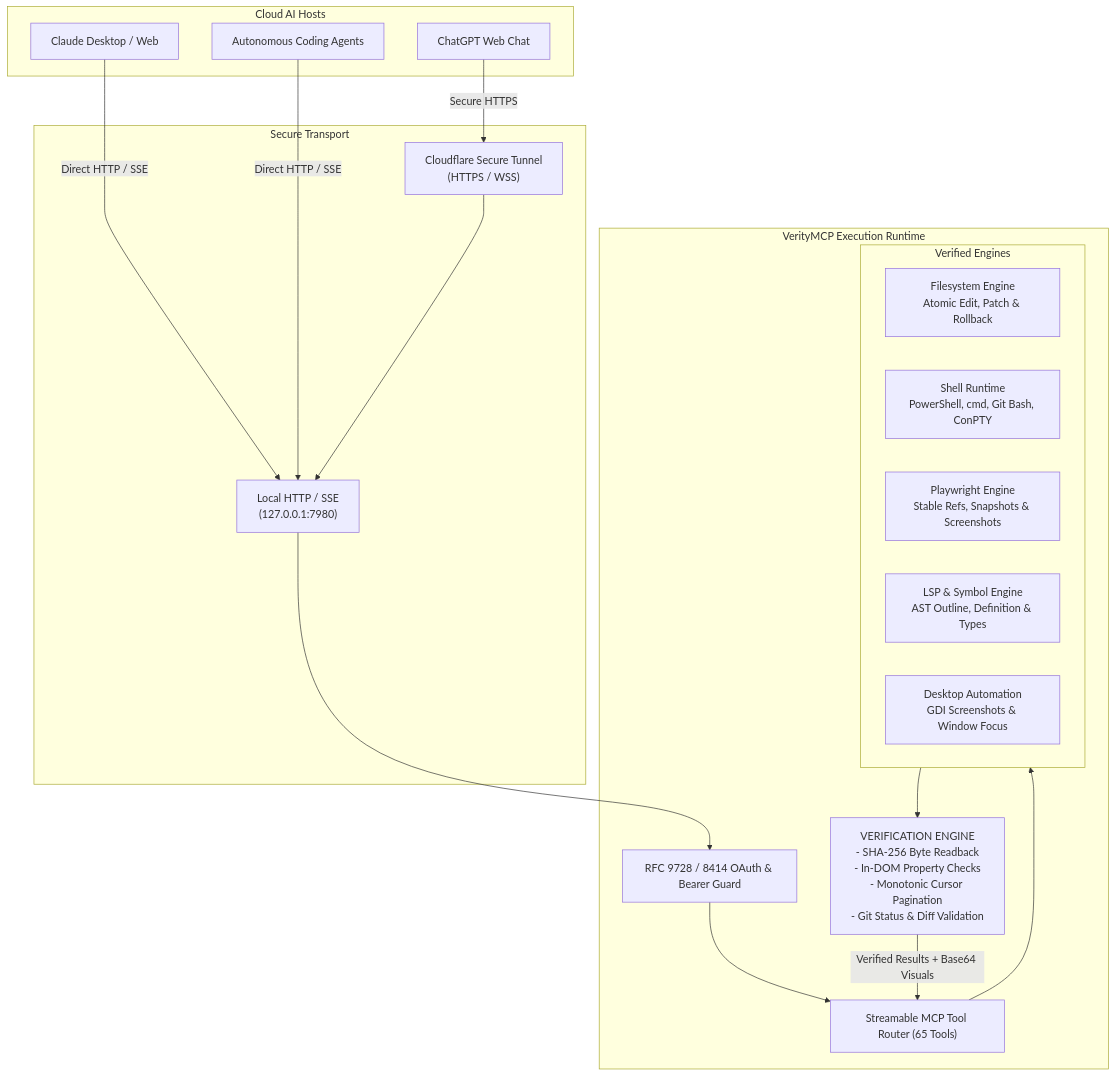
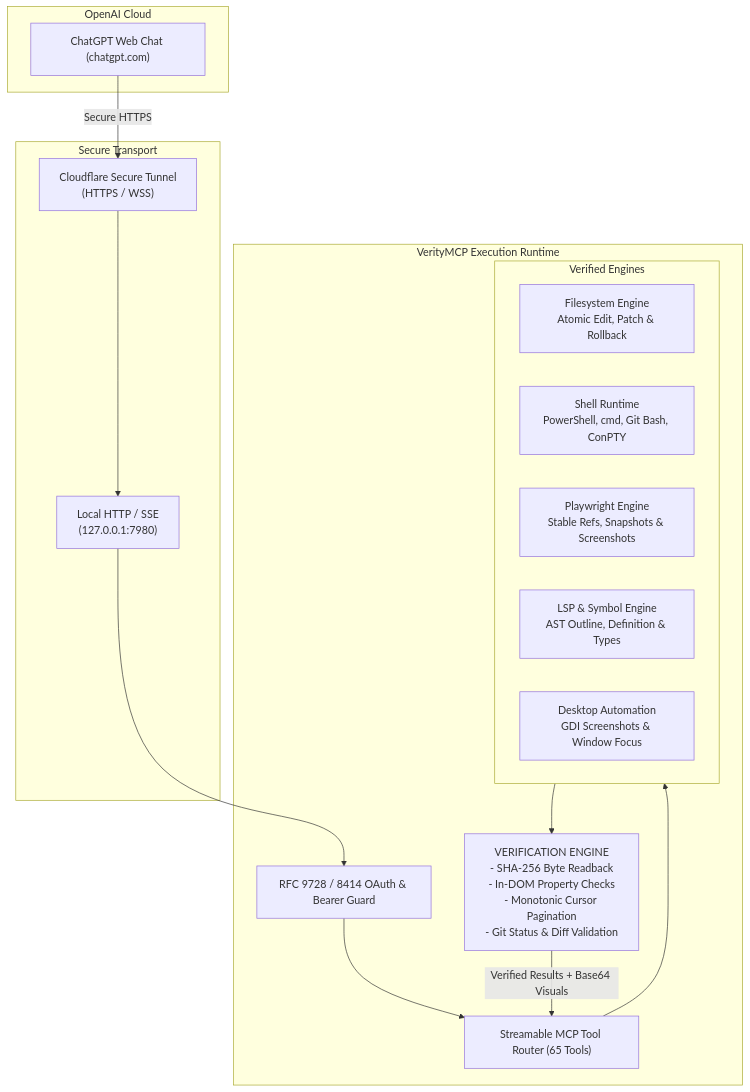
The diagram in README.md (tanishqbaweja/VerityMCP), drawn with Mermaid before and after one commit. The commit also changed other lines of this file and 7 other files, not shown here.

Commit message:
fix: polish documentation and configuration exclusively for ChatGPT Web

````diff
--- a/README.md
+++ b/README.md
@@ -87,39 +87,34 @@
 ```mermaid
 flowchart TD
-    subgraph Remote["Cloud AI Hosts"]
-        GPT["ChatGPT Web Chat"]
-        Claude["Claude Desktop / Web"]
-        Agent["Autonomous Coding Agents"]
+    subgraph Remote["OpenAI Cloud"]
+        GPT["ChatGPT Web Chat (chatgpt.com)"]
     end
 
     subgraph Transport["Secure Transport"]
         Tunnel["Cloudflare Secure Tunnel<br/>(HTTPS / WSS)"]
         LocalSSE["Local HTTP / SSE<br/>(127.0.0.1:7980)"]
     end
 
     subgraph VerityCore["VerityMCP Execution Runtime"]
         Auth["RFC 9728 / 8414 OAuth & Bearer Guard"]
         Router["Streamable MCP Tool Router (65 Tools)"]
         
         subgraph Subsystems["Verified Engines"]
             FS["Filesystem Engine<br/>Atomic Edit, Patch & Rollback"]
             Shell["Shell Runtime<br/>PowerShell, cmd, Git Bash, ConPTY"]
             Browser["Playwright Engine<br/>Stable Refs, Snapshots & Screenshots"]
             LSP["LSP & Symbol Engine<br/>AST Outline, Definition & Types"]
             Desk["Desktop Automation<br/>GDI Screenshots & Window Focus"]
         end
 
         Engine["VERIFICATION ENGINE<br/>- SHA-256 Byte Readback<br/>- In-DOM Property Checks<br/>- Monotonic Cursor Pagination<br/>- Git Status & Diff Validation"]
     end
 
     GPT -->|Secure HTTPS| Tunnel
-    Claude -->|Direct HTTP / SSE| LocalSSE
-    Agent -->|Direct HTTP / SSE| LocalSSE
-
     Tunnel --> LocalSSE
     LocalSSE --> Auth
     Auth --> Router
     Router --> Subsystems
     Subsystems --> Engine
     Engine -->|Verified Results + Base64 Visuals| Router
 ```
````
